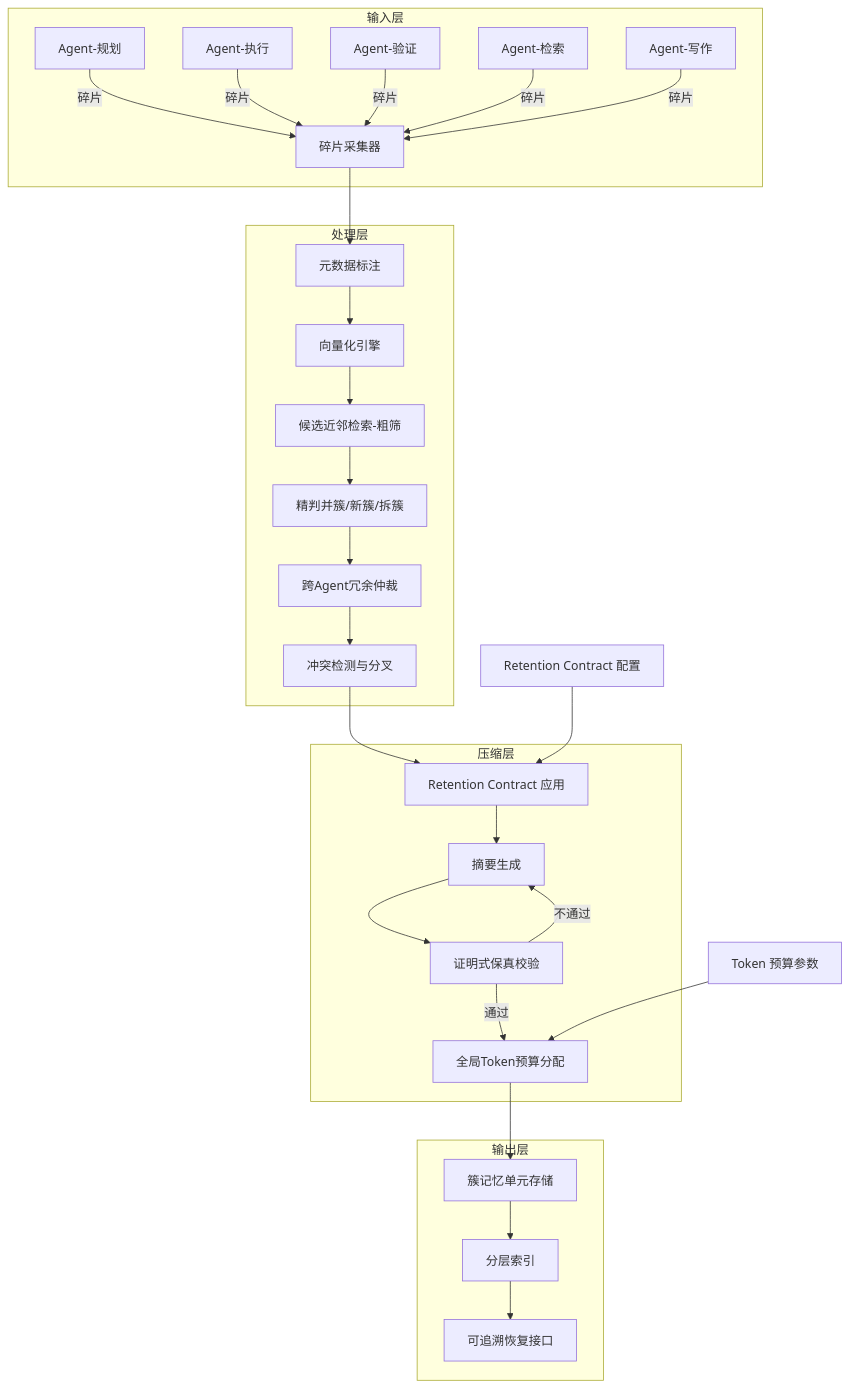
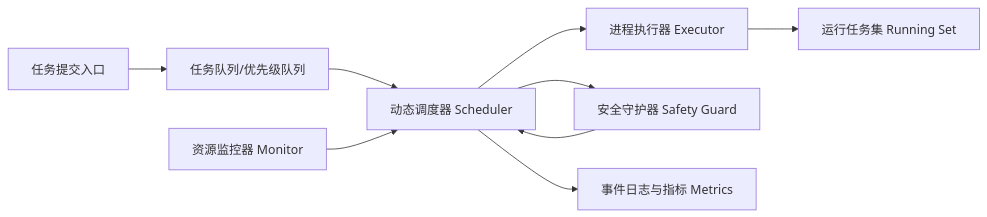
One commit to Deepmind666/calculation_resource_optimization changed the diagram in spec/architecture.md. Above: the diagram before and after it, drawn with Mermaid. The commit also changed other lines of this file and 33 other files, not shown here.

````diff
--- a/spec/architecture.md
+++ b/spec/architecture.md
@@ -44,35 +21,12 @@
 ```mermaid
-graph TB
-    subgraph 输入层
-        A1[Agent-规划] -->|碎片| B[碎片采集器]
-        A2[Agent-执行] -->|碎片| B
-        A3[Agent-验证] -->|碎片| B
-        A4[Agent-检索] -->|碎片| B
-        A5[Agent-写作] -->|碎片| B
-    end
-    subgraph 处理层
-        B --> C[元数据标注]
-        C --> D[向量化引擎]
-        D --> E[候选近邻检索-粗筛]
-        E --> F[精判并簇/新簇/拆簇]
-        F --> G[跨Agent冗余仲裁]
-        G --> H[冲突检测与分叉]
-    end
+flowchart LR
+    A[任务提交入口] --> B[任务队列/优先级队列]
+    B --> C[动态调度器 Scheduler]
+    C --> D[进程执行器 Executor]
+    D --> E[运行任务集 Running Set]
 
-    subgraph 压缩层
-        H --> I[Retention Contract 应用]
-        I --> J[摘要生成]
-        J --> K[证明式保真校验]
-        K -->|不通过| J
-        K -->|通过| L[全局Token预算分配]
-    end
-
-    subgraph 输出层
-        L --> M[簇记忆单元存储]
-        M --> N[分层索引]
-        N --> O[可追溯恢复接口]
-    end
-
-    RC[Retention Contract 配置] --> I
-    Budget[Token 预算参数] --> L
+    F[资源监控器 Monitor] --> C
+    C --> G[安全守护器 Safety Guard]
+    G --> C
+    C --> H[事件日志与指标 Metrics]
 ```
````
